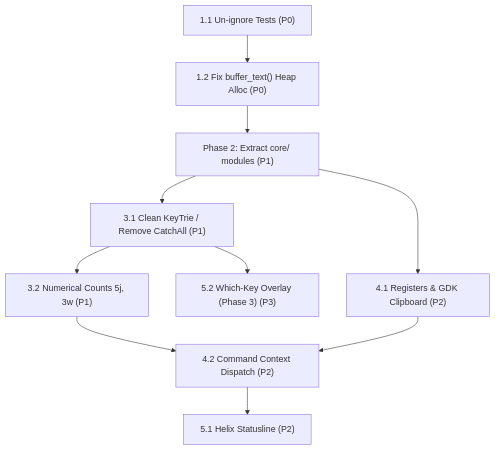
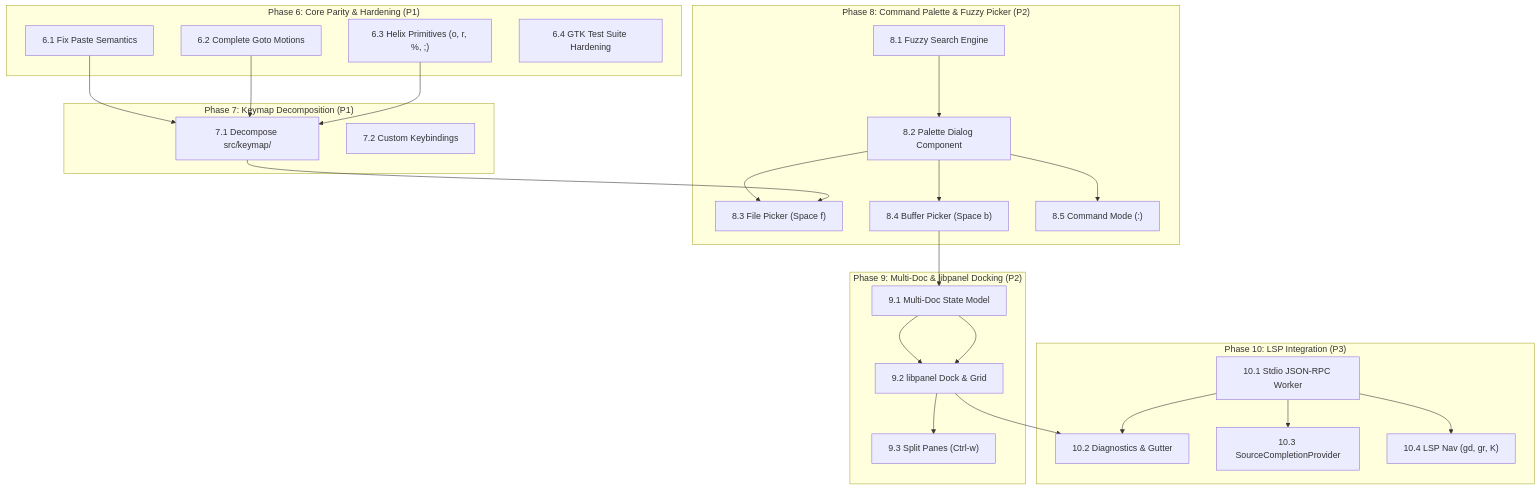
The diagram in TODO.md (karmakarmeghdip/Strand), drawn with Mermaid before and after one commit. The commit also changed other lines of this file and 16 other files, not shown here.

````diff
--- a/TODO.md
+++ b/TODO.md
@@ -170,12 +259,40 @@
 ```mermaid
 graph TD
-    T1_1["1.1 Un-ignore Tests (P0)"] --> T1_2["1.2 Fix buffer_text() Heap Alloc (P0)"]
-    T1_2 --> T2["Phase 2: Extract core/ modules (P1)"]
-    T2 --> T3_1["3.1 Clean KeyTrie / Remove CatchAll (P1)"]
-    T3_1 --> T3_2["3.2 Numerical Counts 5j, 3w (P1)"]
-    T2 --> T4_1["4.1 Registers & GDK Clipboard (P2)"]
-    T3_2 --> T4_2["4.2 Command Context Dispatch (P2)"]
-    T4_1 --> T4_2
-    T4_2 --> T5_1["5.1 Helix Statusline (P2)"]
-    T3_1 --> T5_2["5.2 Which-Key Overlay (Phase 3) (P3)"]
+    subgraph "Phase 6: Core Parity & Hardening (P1)"
+        T6_1["6.1 Fix Paste Semantics"]
+        T6_2["6.2 Complete Goto Motions"]
+        T6_3["6.3 Helix Primitives (o, r, %, ;)"]
+        T6_4["6.4 GTK Test Suite Hardening"]
+    end
+
+    subgraph "Phase 7: Keymap Decomposition (P1)"
+        T7_1["7.1 Decompose src/keymap/"]
+        T7_2["7.2 Custom Keybindings"]
+    end
+
+    subgraph "Phase 8: Command Palette & Fuzzy Picker (P2)"
+        T8_1["8.1 Fuzzy Search Engine"] --> T8_2["8.2 Palette Dialog Component"]
+        T8_2 --> T8_3["8.3 File Picker (Space f)"]
+        T8_2 --> T8_4["8.4 Buffer Picker (Space b)"]
+        T8_2 --> T8_5["8.5 Command Mode (:)"]
+    end
+
+    subgraph "Phase 9: Multi-Doc & libpanel Docking (P2)"
+        T9_1["9.1 Multi-Doc State Model"] --> T9_2["9.2 libpanel Dock & Grid"]
+        T9_2 --> T9_3["9.3 Split Panes (Ctrl-w)"]
+    end
+
+    subgraph "Phase 10: LSP Integration (P3)"
+        T10_1["10.1 Stdio JSON-RPC Worker"] --> T10_2["10.2 Diagnostics & Gutter"]
+        T10_1 --> T10_3["10.3 SourceCompletionProvider"]
+        T10_1 --> T10_4["10.4 LSP Nav (gd, gr, K)"]
+    end
+
+    T6_1 --> T7_1
+    T6_2 --> T7_1
+    T6_3 --> T7_1
+    T7_1 --> T8_3
+    T8_4 --> T9_1
+    T9_1 --> T9_2
+    T9_2 --> T10_2
 ```
````
